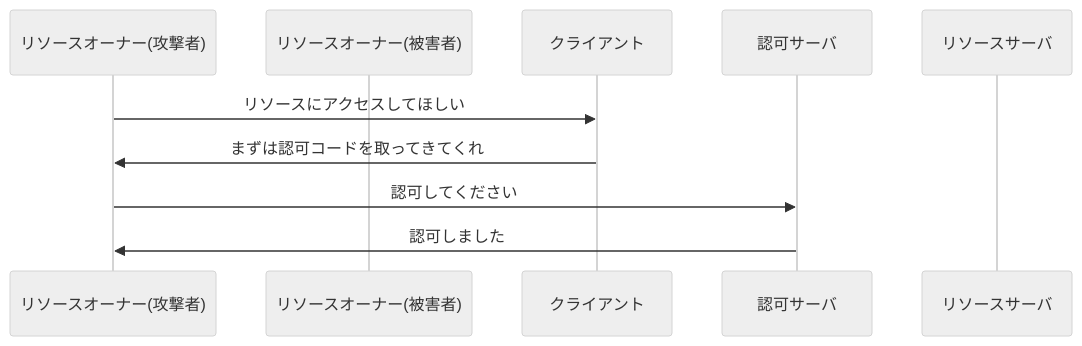
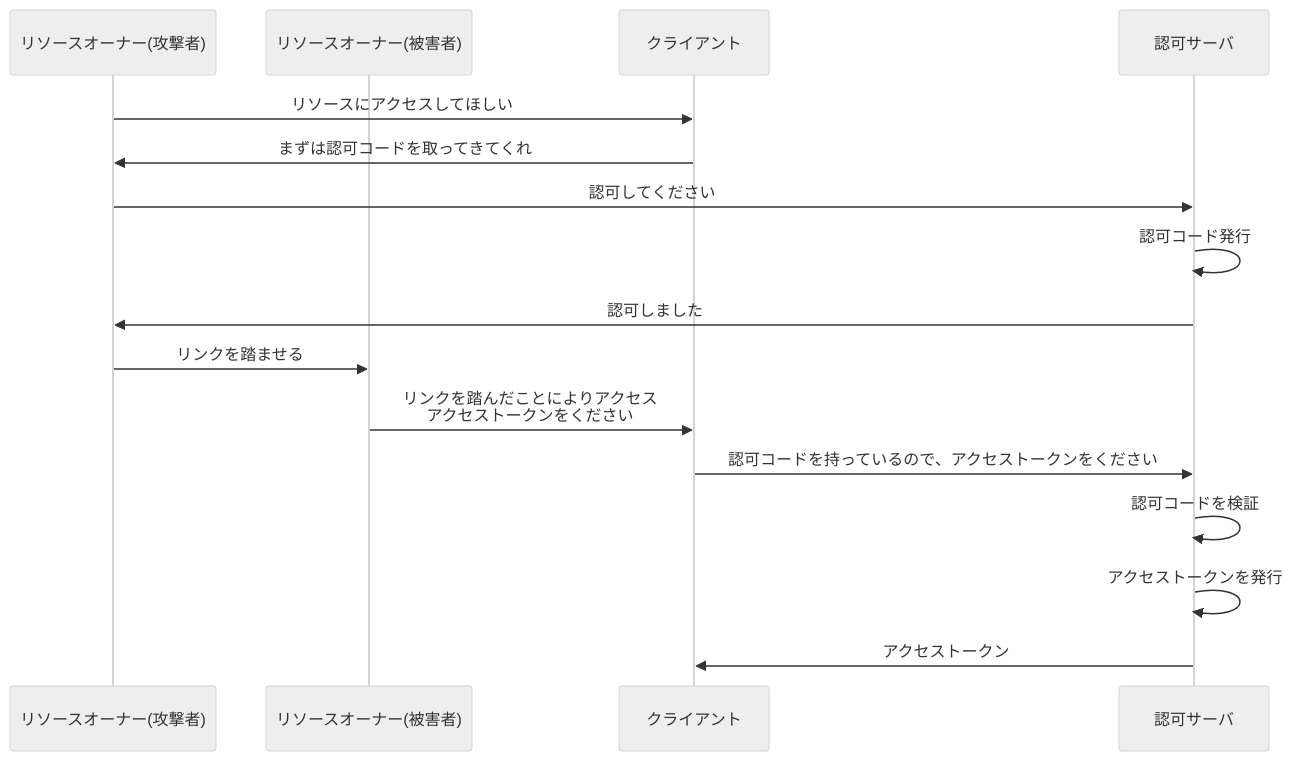
Diagram 13 of 18 in articles/5e8da6c491e720.md (calloc134/zenn-dir), drawn with Mermaid (neutral theme) before and after one commit. The commit also changed other lines of this file, not shown here.

Commit message:
CSRFのフロー図のみ修正

````diff
--- a/articles/5e8da6c491e720.md
+++ b/articles/5e8da6c491e720.md
@@ -1175,13 +1175,19 @@
 ```mermaid
 sequenceDiagram
     participant リソースオーナー(攻撃者)
     participant リソースオーナー(被害者)
     participant クライアント
     participant 認可サーバ
-    participant リソースサーバ
 
     リソースオーナー(攻撃者)->>クライアント: リソースにアクセスしてほしい
     クライアント->>リソースオーナー(攻撃者): まずは認可コードを取ってきてくれ
     リソースオーナー(攻撃者)->>認可サーバ: 認可してください
+    認可サーバ->>認可サーバ: 認可コード発行
     認可サーバ->>リソースオーナー(攻撃者): 認可しました
+  リソースオーナー(攻撃者)->>リソースオーナー(被害者): リンクを踏ませる
+  リソースオーナー(被害者)->>クライアント: リンクを踏んだことによりアクセス<br>アクセストークンをください
+  クライアント->>認可サーバ: 認可コードを持っているので、アクセストークンをください
+  認可サーバ->>認可サーバ: 認可コードを検証
+  認可サーバ->>認可サーバ: アクセストークンを発行
+  認可サーバ->>クライアント: アクセストークン
 ```
````
